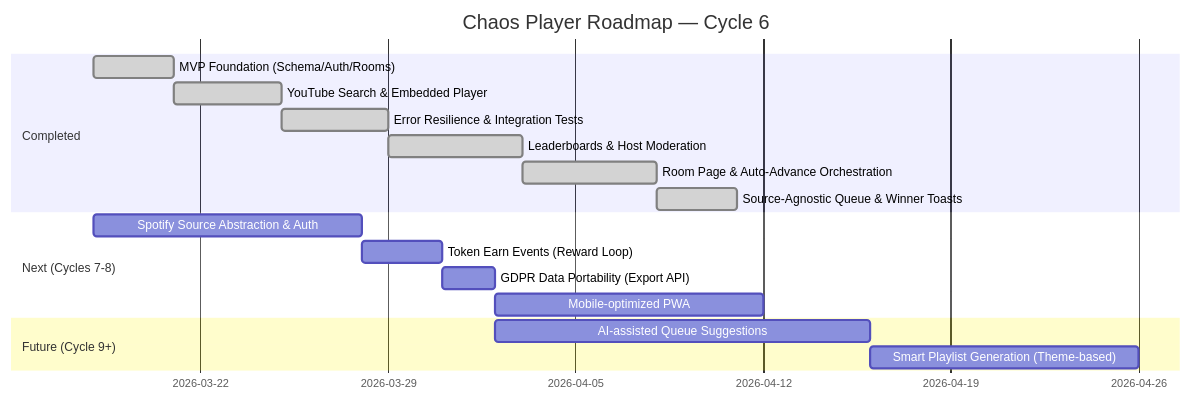
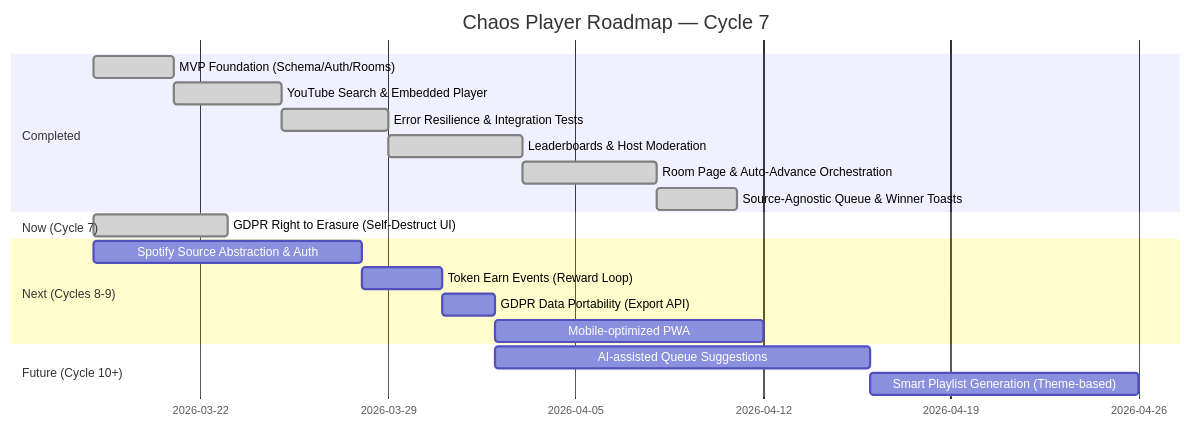
The diagram in ROADMAP.md (akozma89/chaos-player), drawn with Mermaid before and after one commit. The commit also changed 19 other files, not shown here.

Commit message:
feat(youtube): add search UI, GDPR erasure, and 22 new tests

````diff
--- a/ROADMAP.md
+++ b/ROADMAP.md
@@ -3,23 +3,26 @@
 ```mermaid
 gantt
-  title Chaos Player Roadmap — Cycle 6
+  title Chaos Player Roadmap — Cycle 7
   dateFormat YYYY-MM-DD
 
   section Completed
     MVP Foundation (Schema/Auth/Rooms)          :done, c1, 2026-03-18, 3d
     YouTube Search & Embedded Player            :done, c2, after c1, 4d
     Error Resilience & Integration Tests        :done, c3, after c2, 4d
     Leaderboards & Host Moderation              :done, c4, after c3, 5d
     Room Page & Auto-Advance Orchestration      :done, c5, after c4, 5d
     Source-Agnostic Queue & Winner Toasts       :done, c6, after c5, 3d
 
-  section Next (Cycles 7-8)
+  section Now (Cycle 7)
+    GDPR Right to Erasure (Self-Destruct UI)    :done, c7, 2026-03-18, 5d
+
+  section Next (Cycles 8-9)
     Spotify Source Abstraction & Auth           :next1, 2026-03-18, 10d
     Token Earn Events (Reward Loop)             :next2, after next1, 3d
     GDPR Data Portability (Export API)          :next3, after next2, 2d
     Mobile-optimized PWA                        :next4, after next3, 10d
 
-  section Future (Cycle 9+)
+  section Future (Cycle 10+)
     AI-assisted Queue Suggestions               :future1, after next3, 14d
     Smart Playlist Generation (Theme-based)     :future2, after future1, 10d
 ```
````
